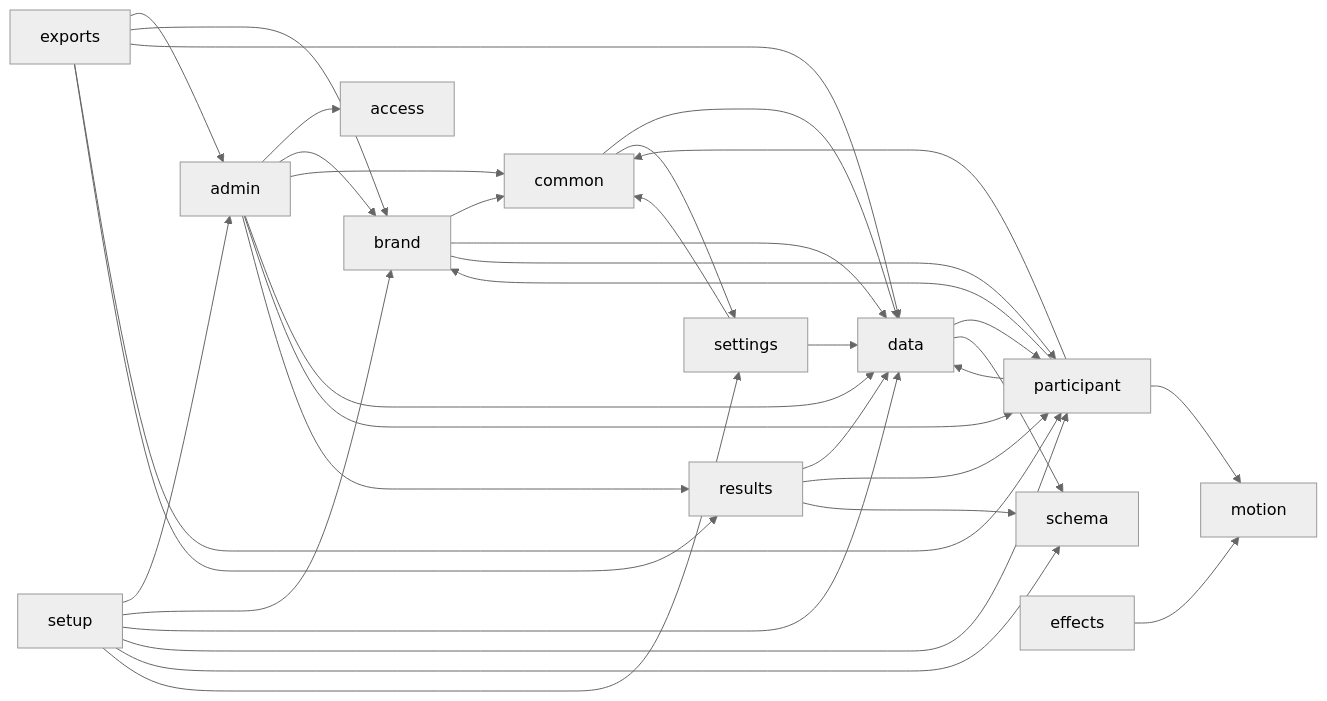
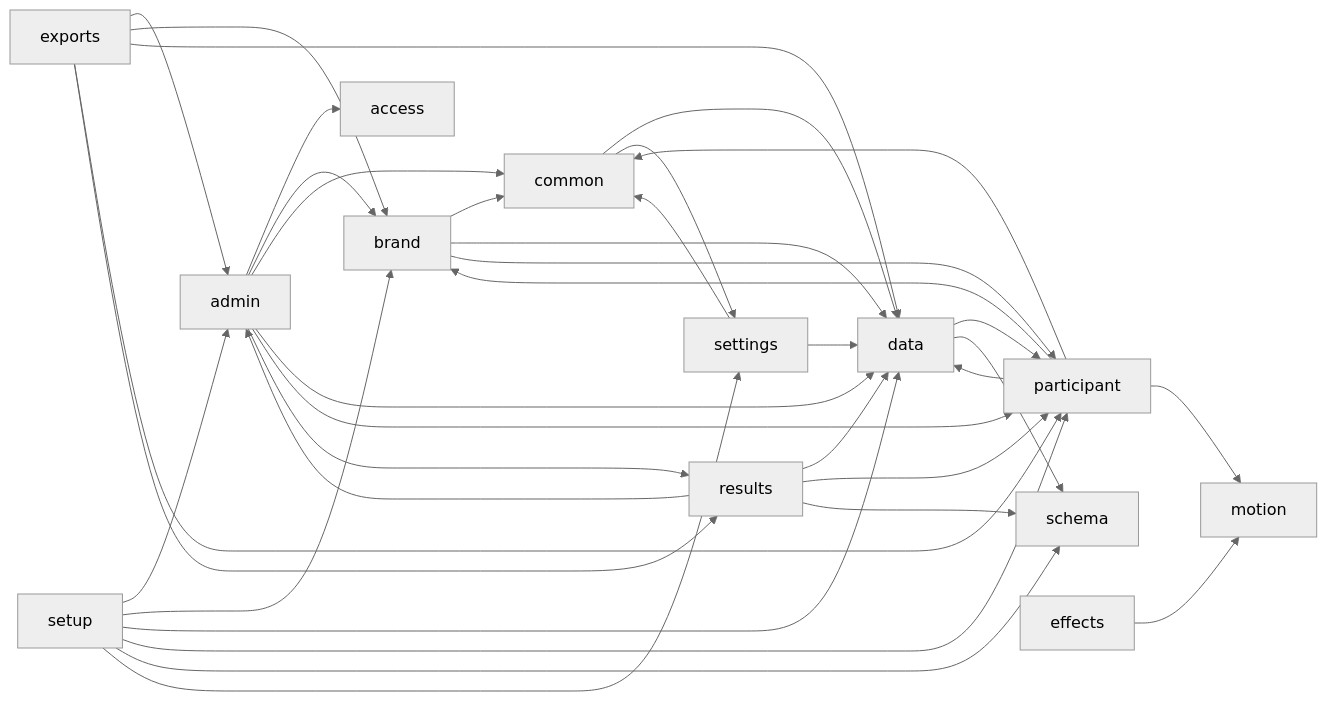
One commit to satyagames/pursuit-managed-services changed the diagram in docs/MODULES.md. Above: the diagram before and after it, drawn with Mermaid (neutral theme). The commit also changed other lines of this file and 57 other files, not shown here.

````diff
--- a/docs/MODULES.md
+++ b/docs/MODULES.md
@@ -14,37 +14,38 @@
 ```mermaid
 flowchart LR
   admin --> access
   admin --> brand
   admin --> common
   admin --> data
   admin --> participant
   admin --> results
   brand --> common
   brand --> data
   brand --> participant
   common --> data
   common --> settings
   data --> participant
   data --> schema
   effects --> motion
   exports --> admin
   exports --> brand
   exports --> data
   exports --> participant
   exports --> results
   participant --> brand
   participant --> common
   participant --> data
   participant --> motion
+  results --> admin
   results --> data
   results --> participant
   results --> schema
   settings --> common
   settings --> data
   setup --> admin
   setup --> brand
   setup --> data
   setup --> participant
   setup --> schema
   setup --> settings
 ```
````
